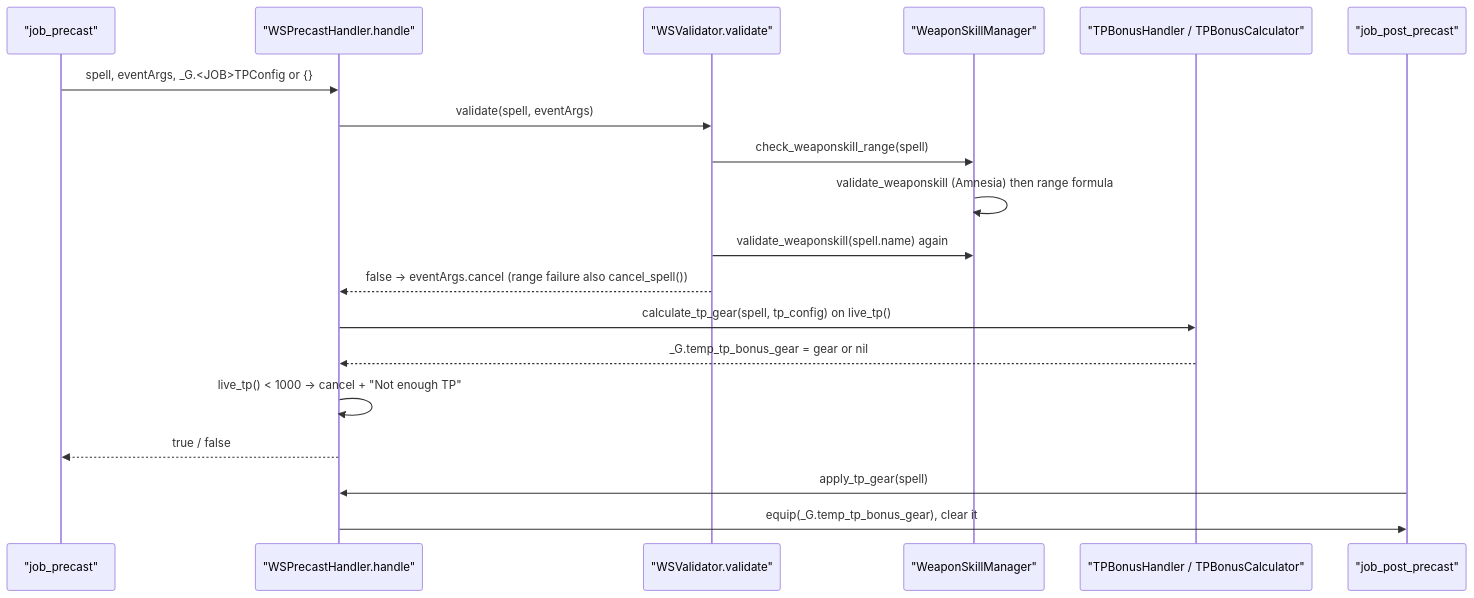
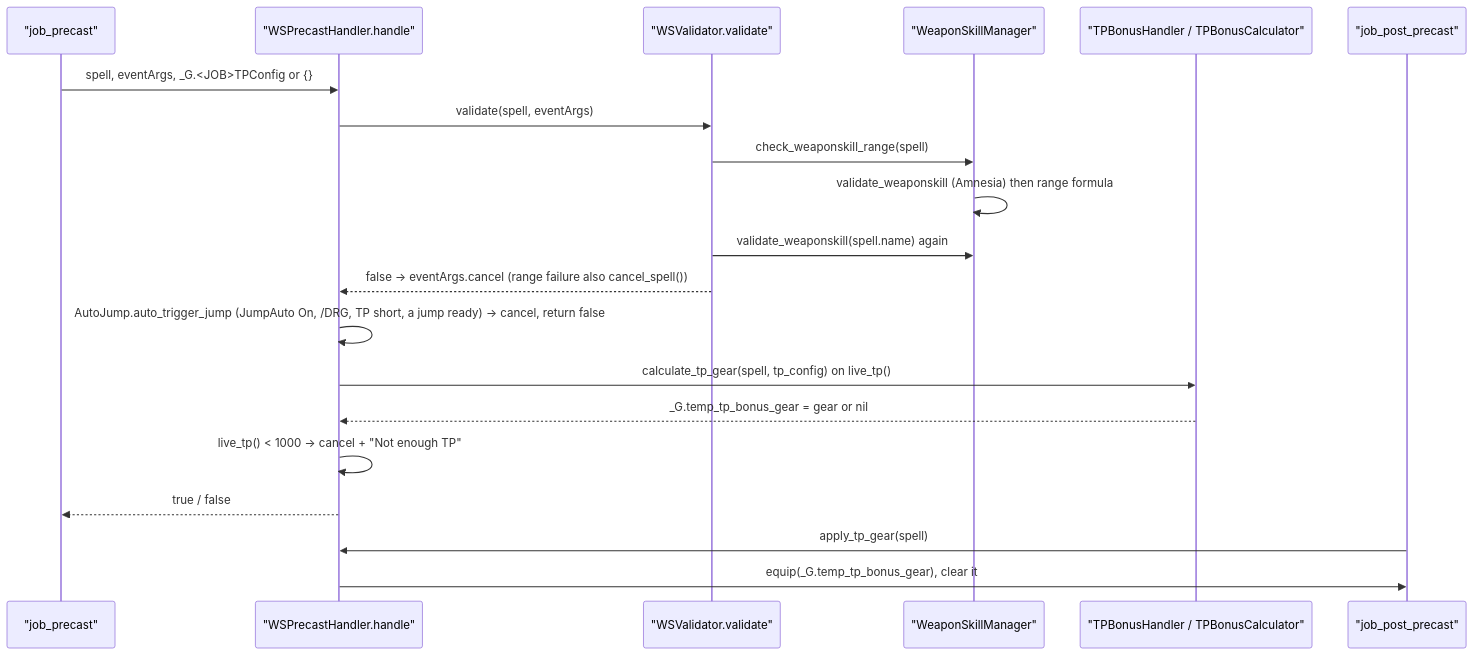
One commit to ejouanchicot/Gearswap changed the third of 3 diagrams in docs/dev/systems/precast-pipeline.md. Above: the diagram before and after it, drawn with Mermaid. The commit also changed other lines of this file and 90 other files, not shown here.

First line of the commit message:
docs: _common, WHERE-IS-WHAT.txt, smartbuff and Jump Auto on every job

````diff
--- a/docs/dev/systems/precast-pipeline.md
+++ b/docs/dev/systems/precast-pipeline.md
@@ -393,21 +392,22 @@
 ```mermaid
 sequenceDiagram
     participant J as "job_precast"
     participant H as "WSPrecastHandler.handle"
     participant V as "WSValidator.validate"
     participant M as "WeaponSkillManager"
     participant T as "TPBonusHandler / TPBonusCalculator"
     participant P as "job_post_precast"
     J->>H: spell, eventArgs, _G.<JOB>TPConfig or {}
     H->>V: validate(spell, eventArgs)
     V->>M: check_weaponskill_range(spell)
     M->>M: validate_weaponskill (Amnesia) then range formula
     V->>M: validate_weaponskill(spell.name) again
     V-->>H: false -> eventArgs.cancel (range failure also cancel_spell())
+    H->>H: AutoJump.auto_trigger_jump (JumpAuto On, /DRG, TP short, a jump ready) -> cancel, return false
     H->>T: calculate_tp_gear(spell, tp_config) on live_tp()
     T-->>H: _G.temp_tp_bonus_gear = gear or nil
     H->>H: live_tp() < 1000 -> cancel + "Not enough TP"
     H-->>J: true / false
     P->>H: apply_tp_gear(spell)
     H->>P: equip(_G.temp_tp_bonus_gear), clear it
 ```
````
